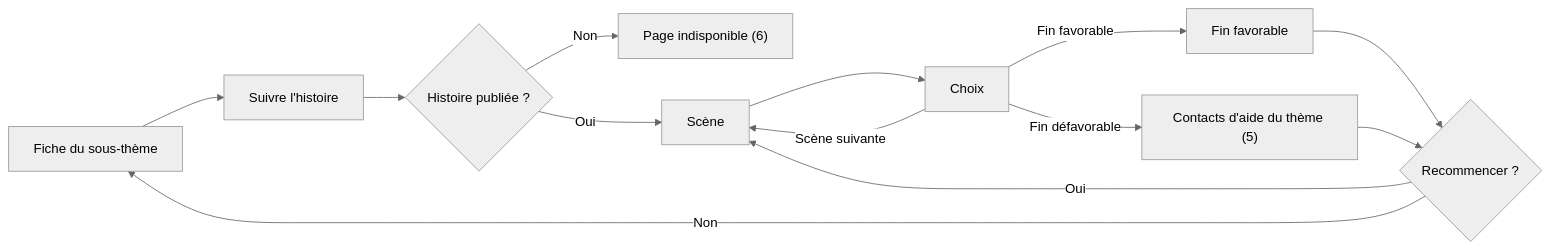
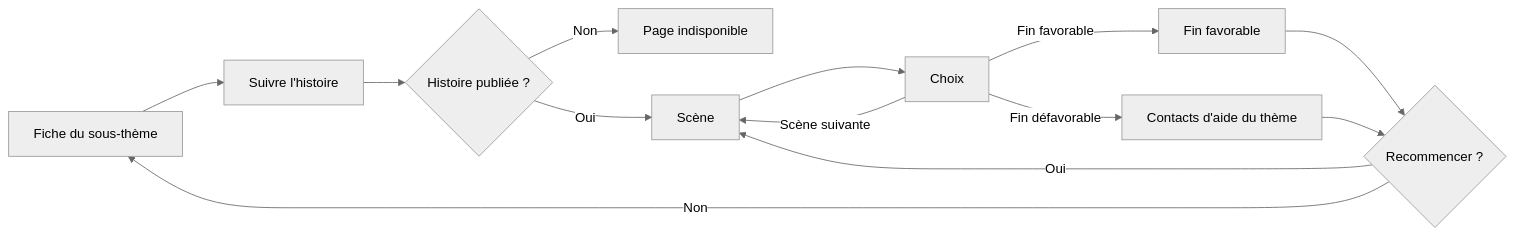
Before and after one commit to Korrighed/safe-campus-back: the sixth of 12 diagrams in docs/cahier-des-charges-techniques.md, drawn with Mermaid (neutral theme). The commit also changed other lines of this file and 42 other files, not shown here.

````diff
--- a/docs/cahier-des-charges-techniques.md
+++ b/docs/cahier-des-charges-techniques.md
@@ -379,15 +451,15 @@
 ```mermaid
 flowchart LR
   A["Fiche du sous-thème"] --> B["Suivre l'histoire"]
   B --> C{"Histoire publiée ?"}
-  C -->|Non| D["Page indisponible (6)"]
+  C -->|Non| D["Page indisponible"]
   C -->|Oui| E["Scène"]
   E --> F["Choix"]
   F -->|Scène suivante| E
   F -->|Fin favorable| G["Fin favorable"]
-  F -->|Fin défavorable| H["Contacts d'aide du thème (5)"]
+  F -->|Fin défavorable| H["Contacts d'aide du thème"]
   G --> I{"Recommencer ?"}
   H --> I
   I -->|Oui| E
   I -->|Non| A
 ```
````
